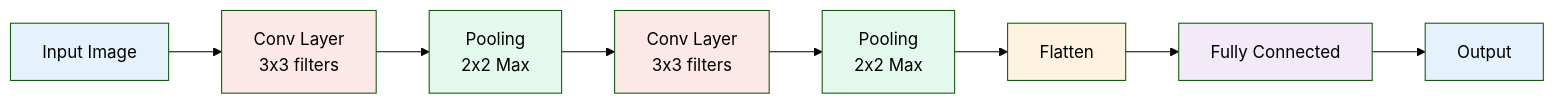
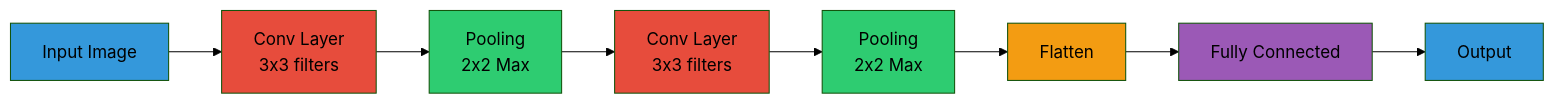
One commit to knekvasil/library changed the fifth of 18 diagrams in ml/src/general-ml-review.md. Above: the diagram before and after it, drawn with Mermaid (forest theme). The commit also changed other lines of this file, not shown here.

Commit message:
Fix mermaid syntax: remove curly braces/underscores in labels, simplify SVM/RNN diagrams, fix style colors

````diff
--- a/ml/src/general-ml-review.md
+++ b/ml/src/general-ml-review.md
@@ -511,12 +519,12 @@
 ```mermaid
 graph LR
     I[Input Image] --> C1[Conv Layer<br/>3x3 filters] --> P1[Pooling<br/>2x2 Max] --> C2[Conv Layer<br/>3x3 filters] --> P2[Pooling<br/>2x2 Max] --> F[Flatten] --> FC[Fully Connected] --> O[Output]
-    style I fill:#3498db20
-    style C1 fill:#e74c3c20
-    style P1 fill:#2ecc7120
-    style C2 fill:#e74c3c20
-    style P2 fill:#2ecc7120
-    style F fill:#f39c1220
-    style FC fill:#9b59b620
-    style O fill:#3498db20
+    style I fill:#3498db
+    style C1 fill:#e74c3c
+    style P1 fill:#2ecc71
+    style C2 fill:#e74c3c
+    style P2 fill:#2ecc71
+    style F fill:#f39c12
+    style FC fill:#9b59b6
+    style O fill:#3498db
 ```
````
